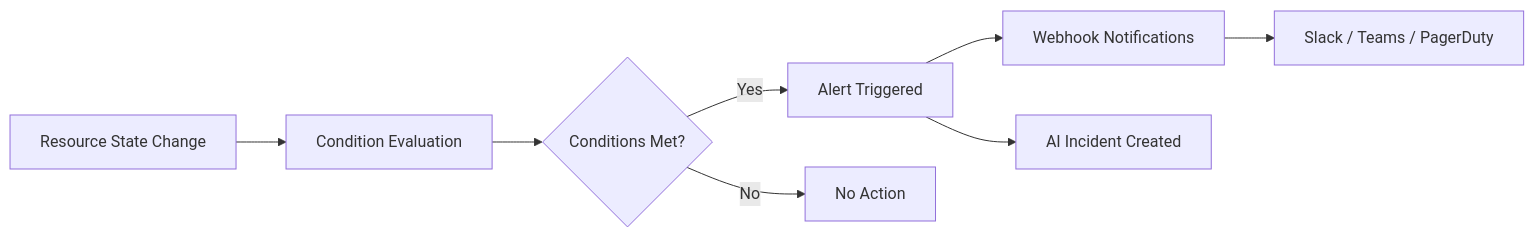
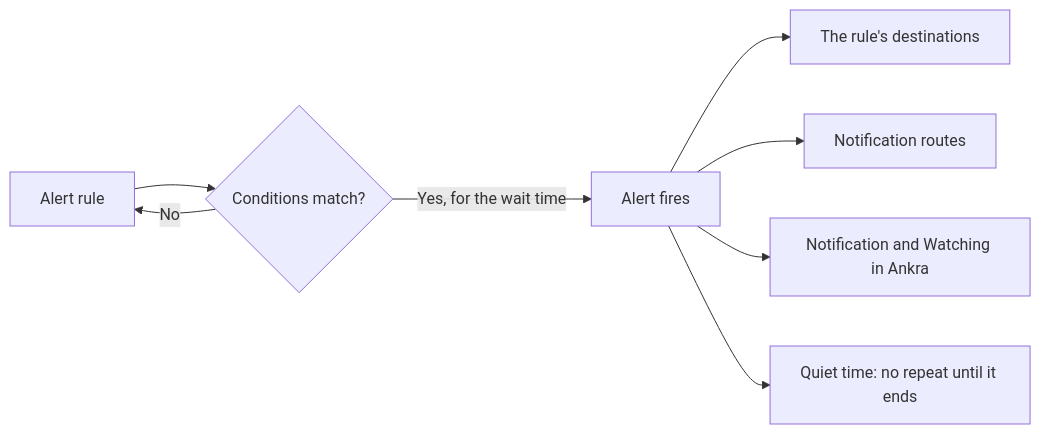
The diagram in guides/alerts.mdx (ankraio/ankra-docs), drawn with Mermaid before and after one commit. The commit also changed other lines of this file and 22 other files, not shown here.

First line of the commit message:
docs(observe): logs, metrics, health, alerts and notifications on the portal as served, with five new guides (ankra-4xh2sn.5.7)

````diff
--- a/guides/alerts.mdx
+++ b/guides/alerts.mdx
@@ -24,10 +10,10 @@
 ```mermaid
 flowchart LR
-    A[Resource State Change] --> B[Condition Evaluation]
-    B --> C{Conditions Met?}
-    C -->|Yes| D[Alert Triggered]
-    C -->|No| E[No Action]
-    D --> F[Webhook Notifications]
-    D --> G[AI Incident Created]
-    F --> H[Slack / Teams / PagerDuty]
+    A[Alert rule] --> B{Conditions match?}
+    B -->|No| A
+    B -->|Yes, for the wait time| C[Alert fires]
+    C --> D[The rule's destinations]
+    C --> E[Notification routes]
+    C --> F[Notification and Watching in Ankra]
+    C --> G[Quiet time: no repeat until it ends]
 ```
````
